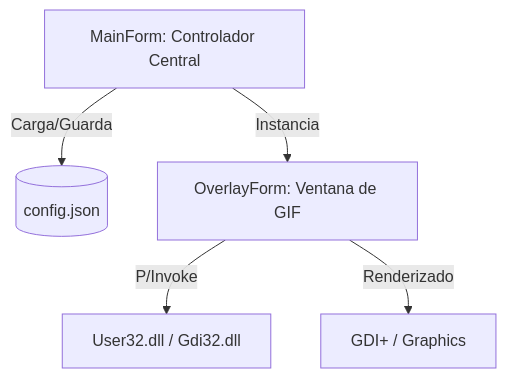
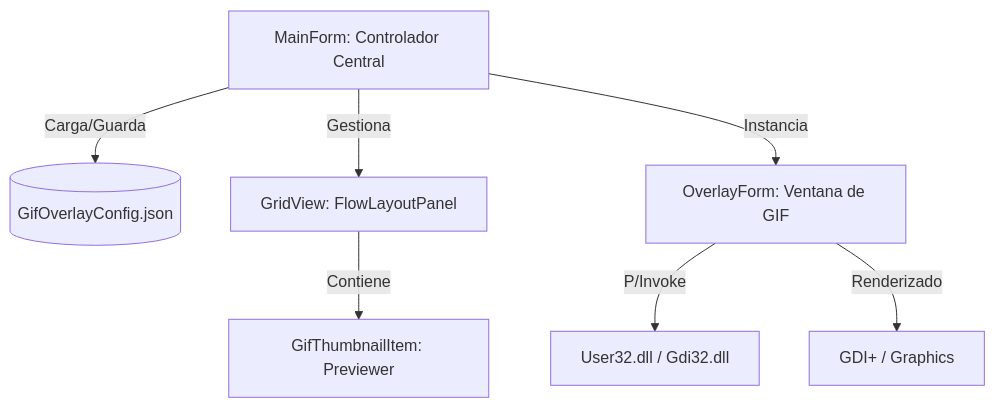
One commit to frodrigue60/OwOverlays changed the diagram in context.md. Above: the diagram before and after it, drawn with Mermaid. The commit also changed other lines of this file and 1 other file, not shown here.

Commit message:
feat: implement a visual GIF management grid, add performance optimizations, and update project documentation and publishing configuration.

````diff
--- a/context.md
+++ b/context.md
@@ -9,7 +9,9 @@
 ```mermaid
 graph TD
-    MainForm[MainForm: Controlador Central] -->|Carga/Guarda| JSON[(config.json)]
+    MainForm[MainForm: Controlador Central] -->|Carga/Guarda| JSON[(GifOverlayConfig.json)]
+    MainForm -->|Gestiona| GridView[GridView: FlowLayoutPanel]
+    GridView -->|Contiene| Thumb[GifThumbnailItem: Previewer]
     MainForm -->|Instancia| OverlayForm[OverlayForm: Ventana de GIF]
     OverlayForm -->|P/Invoke| Win32API[User32.dll / Gdi32.dll]
     OverlayForm -->|Renderizado| GDIPlus[GDI+ / Graphics]
 ```
````
